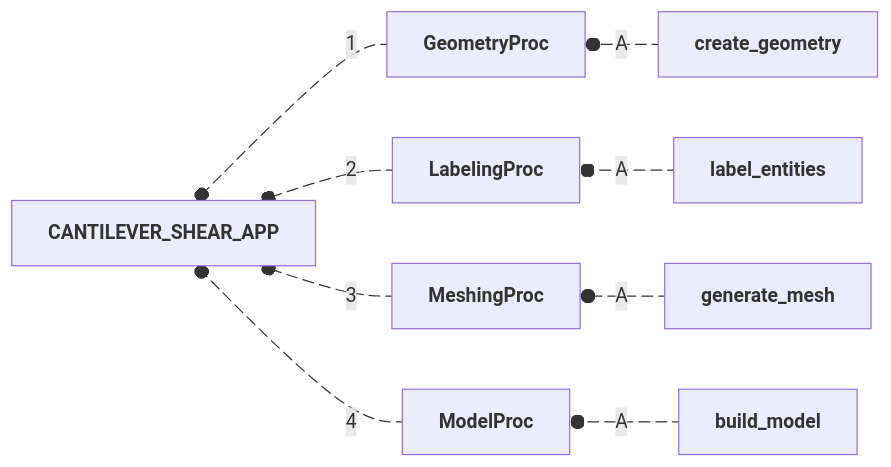
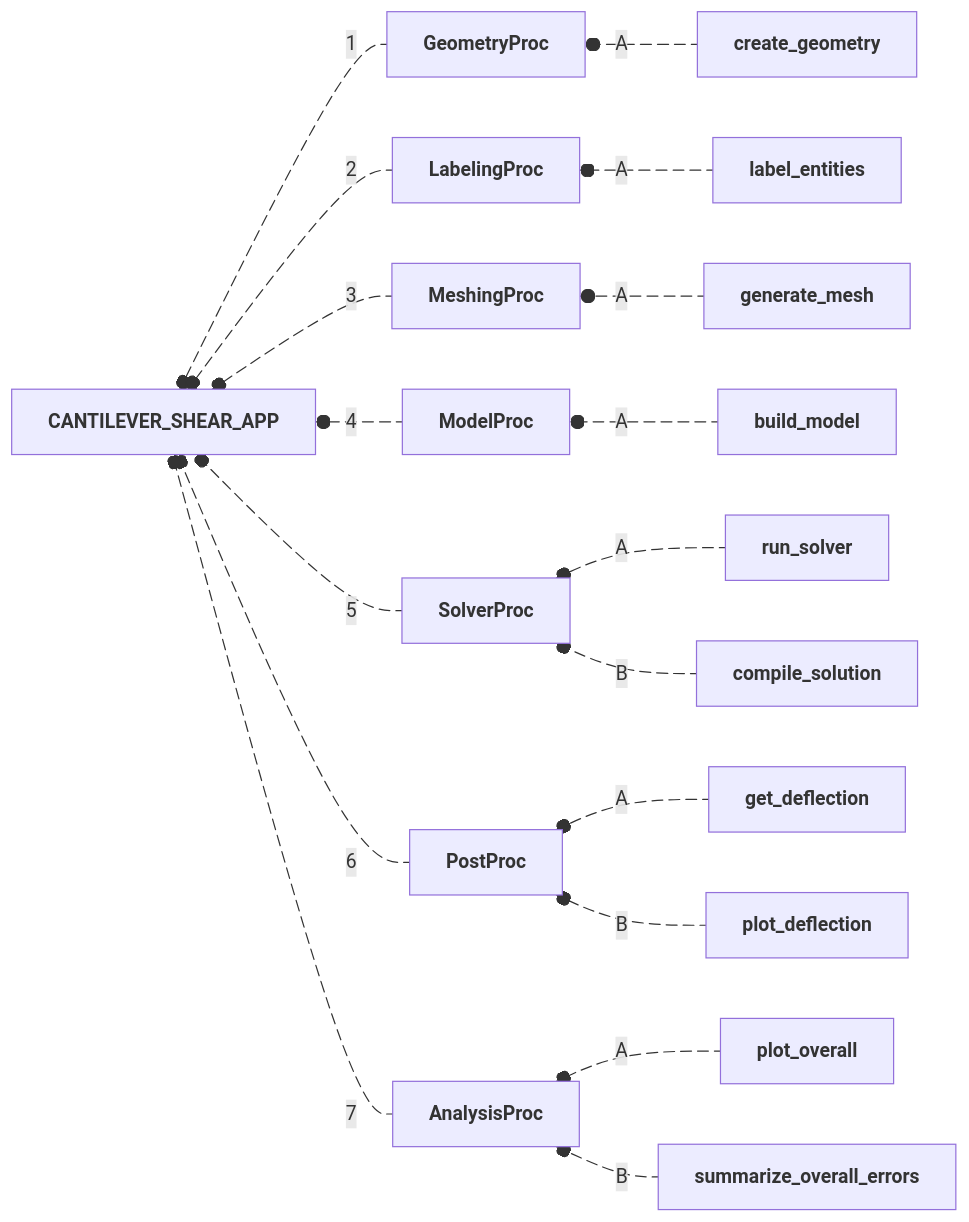
The first of 12 diagrams in src/nuremics_labs/apps/simulation/CANTILEVER_SHEAR_APP/README.md (nuremics/sim-labs), drawn with Mermaid before and after one commit. The commit also changed other lines of this file and 6 other files, not shown here.

Commit message:
add SolverProc (without comments in the code)

````diff
--- a/src/nuremics_labs/apps/simulation/CANTILEVER_SHEAR_APP/README.md
+++ b/src/nuremics_labs/apps/simulation/CANTILEVER_SHEAR_APP/README.md
@@ -22,19 +26,37 @@
 ```mermaid
 flowchart RL
   Proc1[<b>GeometryProc<b>] e1@--1--o App[<b>CANTILEVER_SHEAR_APP<b>]
   Proc2[<b>LabelingProc<b>] e2@--2--o App
   Proc3[<b>MeshingProc<b>] e3@--3--o App
   Proc4[<b>ModelProc<b>] e4@--4--o App
-  Op11[<b>create_geometry<b>] e5@--A--o Proc1
-  Op21[<b>label_entities<b>] e6@--A--o Proc2
-  Op31[<b>generate_mesh<b>] e7@--A--o Proc3
-  Op41[<b>build_model<b>] e8@--A--o Proc4
+  Proc5[<b>SolverProc<b>] e5@--5--o App
+  Proc6[<b>PostProc<b>] e6@--6--o App
+  Proc7[<b>AnalysisProc<b>] e7@--7--o App
+  Op11[<b>create_geometry<b>] e8@--A--o Proc1
+  Op21[<b>label_entities<b>] e9@--A--o Proc2
+  Op31[<b>generate_mesh<b>] e10@--A--o Proc3
+  Op41[<b>build_model<b>] e11@--A--o Proc4
+  Op51[<b>run_solver<b>] e12@--A--o Proc5
+  Op52[<b>compile_solution<b>] e13@--B--o Proc5
+  Op61[<b>get_deflection<b>] e14@--A--o Proc6
+  Op62[<b>plot_deflection<b>] e15@--B--o Proc6
+  Op71[<b>plot_overall<b>] e16@--A--o Proc7
+  Op72[<b>summarize_overall_errors<b>] e17@--B--o Proc7
   e1@{ animate: true }
   e2@{ animate: true }
   e3@{ animate: true }
   e4@{ animate: true }
   e5@{ animate: true }
   e6@{ animate: true }
   e7@{ animate: true }
   e8@{ animate: true }
+  e9@{ animate: true }
+  e10@{ animate: true }
+  e11@{ animate: true }
+  e12@{ animate: true }
+  e13@{ animate: true }
+  e14@{ animate: true }
+  e15@{ animate: true }
+  e16@{ animate: true }
+  e17@{ animate: true }
 ```
````
